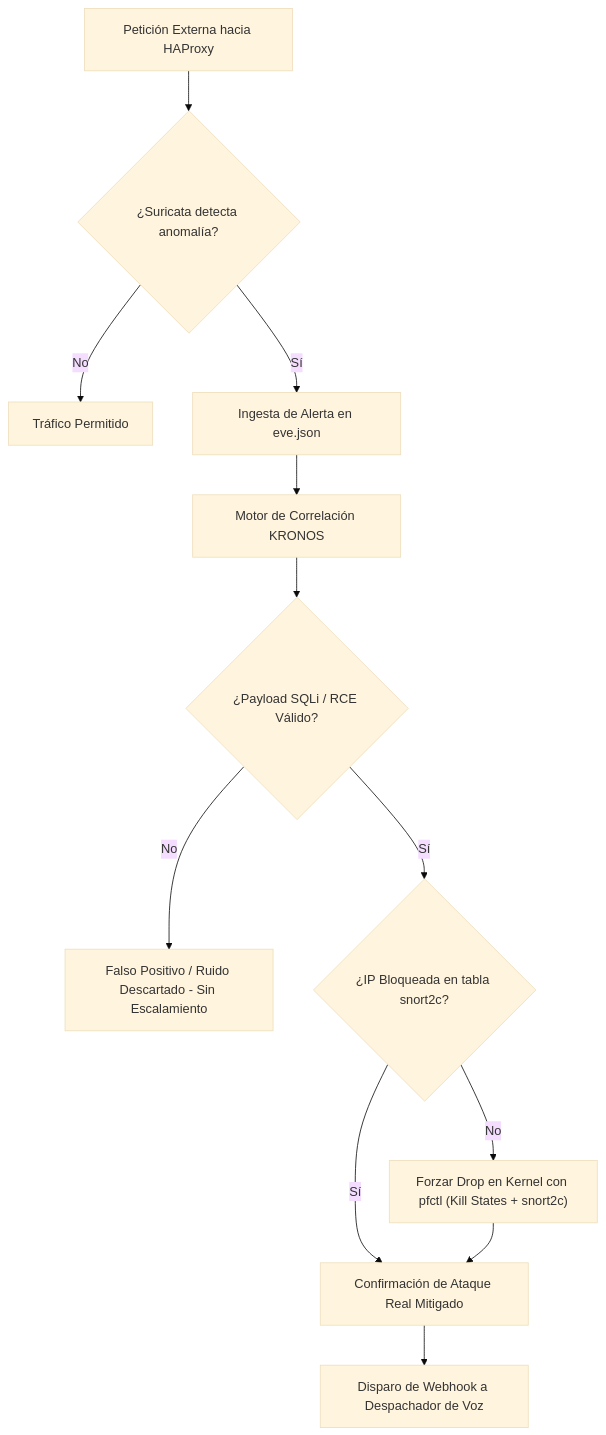
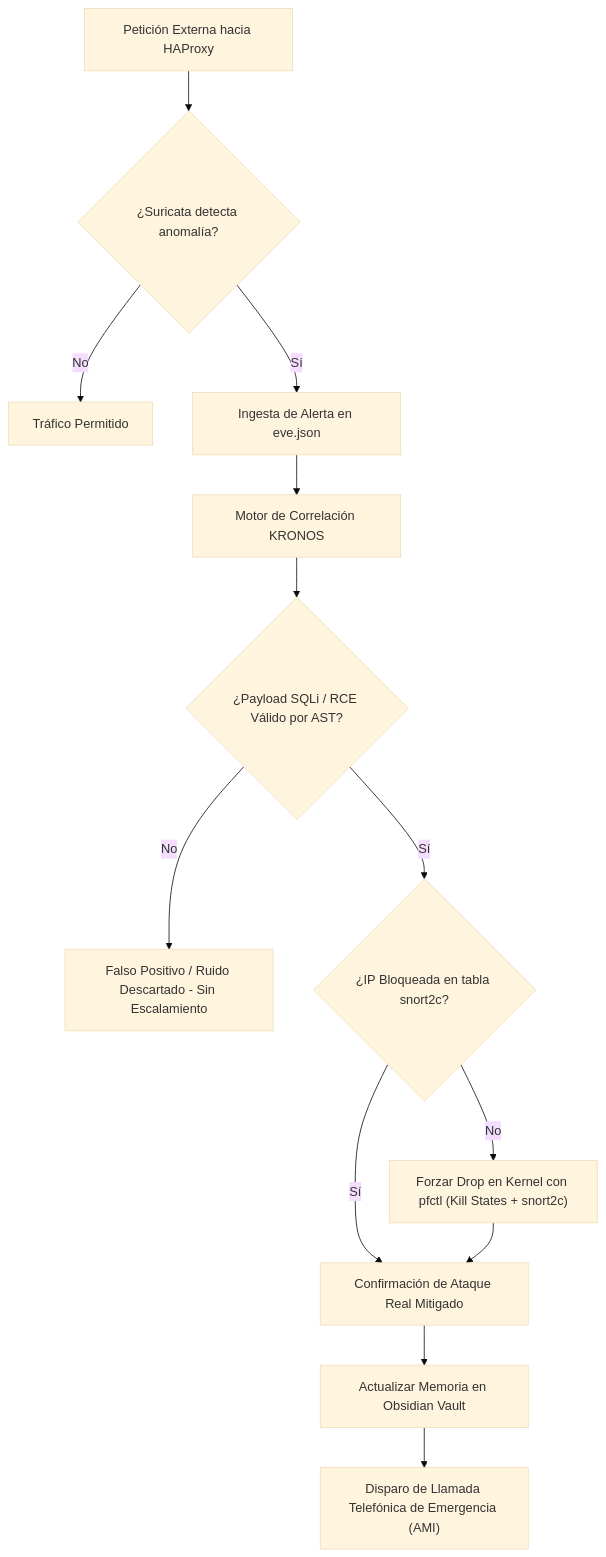
Before and after one commit to Fredinni/Proyecto-Portafolio: the diagram in README.md, drawn with Mermaid (base theme). The commit also changed other lines of this file, not shown here.

Commit message:
docs: actualizar README con estado consolidado A1-A7, arquitectura Gemini Live y auditoria SOAR

````diff
--- a/README.md
+++ b/README.md
@@ -93,14 +100,15 @@
 ```mermaid
 flowchart TD
     A["Petición Externa hacia HAProxy"] --> B{"¿Suricata detecta anomalía?"}
     B -- No --> C["Tráfico Permitido"]
     B -- Sí --> D["Ingesta de Alerta en eve.json"]
     D --> E["Motor de Correlación KRONOS"]
-    E --> F{"¿Payload SQLi / RCE Válido?"}
+    E --> F{"¿Payload SQLi / RCE Válido por AST?"}
     F -- No --> G["Falso Positivo / Ruido Descartado - Sin Escalamiento"]
     F -- Sí --> H{"¿IP Bloqueada en tabla snort2c?"}
     H -- No --> I["Forzar Drop en Kernel con pfctl (Kill States + snort2c)"]
     H -- Sí --> J["Confirmación de Ataque Real Mitigado"]
     I --> J
-    J --> K["Disparo de Webhook a Despachador de Voz"]
+    J --> K["Actualizar Memoria en Obsidian Vault"]
+    K --> L["Disparo de Llamada Telefónica de Emergencia (AMI)"]
 ```
````
